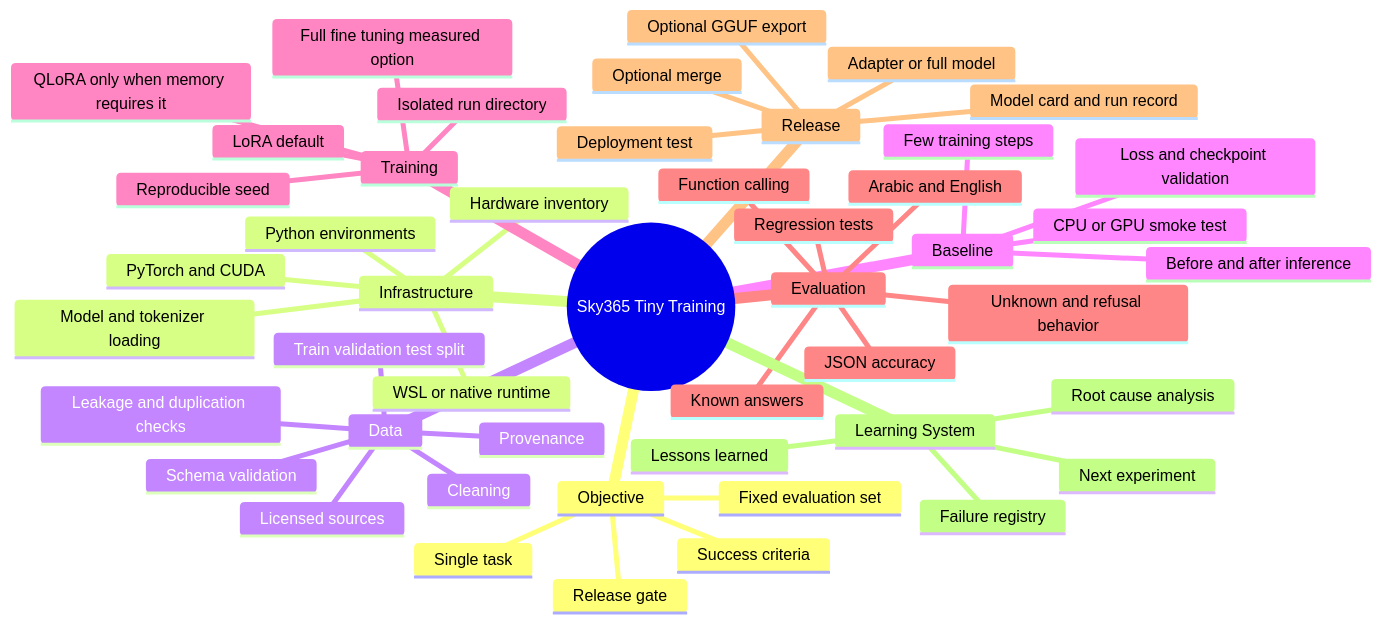
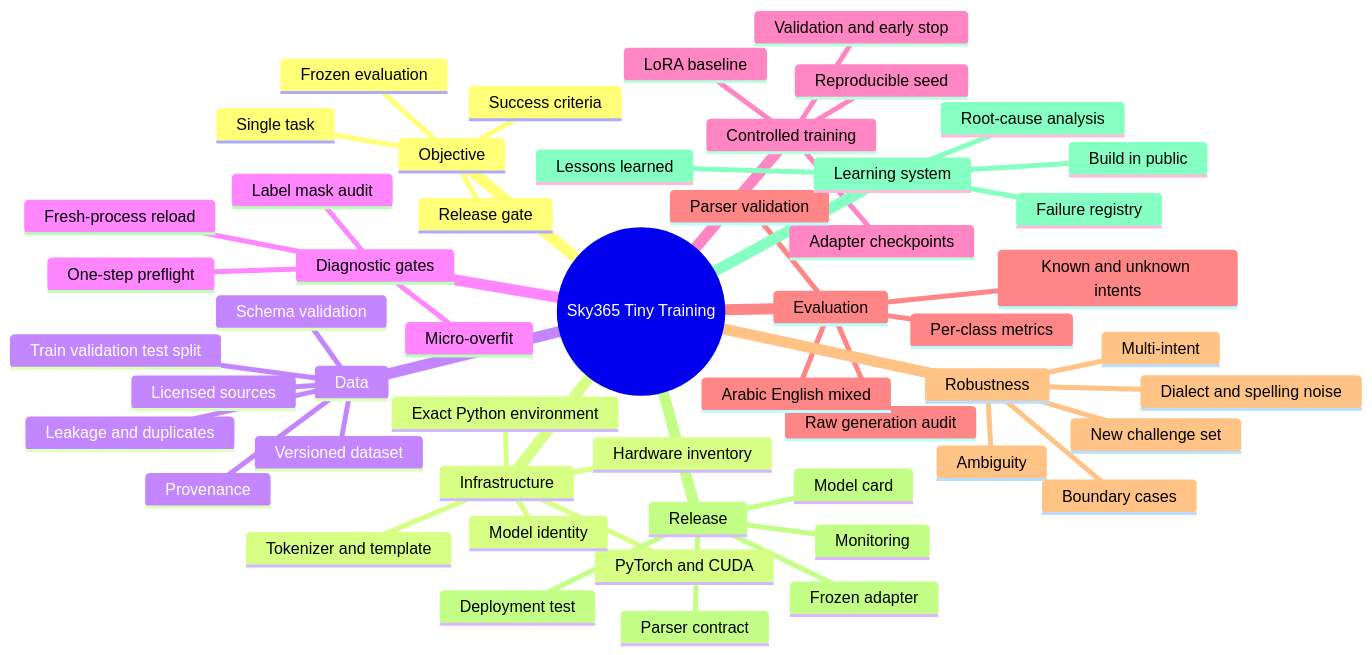
One commit to saskw2010/Knowledge-OS changed the first of 2 diagrams in docs/TRAINING-PIPELINE.md. Above: the diagram before and after it, drawn with Mermaid. The commit also changed other lines of this file, not shown here.

````diff
--- a/docs/TRAINING-PIPELINE.md
+++ b/docs/TRAINING-PIPELINE.md
@@ -57,51 +56,55 @@
 ```mermaid
 mindmap
   root((Sky365 Tiny Training))
     Objective
       Single task
       Success criteria
-      Fixed evaluation set
+      Frozen evaluation
       Release gate
     Infrastructure
       Hardware inventory
-      Python environments
+      Exact Python environment
       PyTorch and CUDA
-      WSL or native runtime
-      Model and tokenizer loading
+      Model identity
+      Tokenizer and template
     Data
       Licensed sources
-      Cleaning
+      Versioned dataset
       Schema validation
       Train validation test split
-      Leakage and duplication checks
+      Leakage and duplicates
       Provenance
-    Baseline
-      CPU or GPU smoke test
-      Few training steps
-      Loss and checkpoint validation
-      Before and after inference
-    Training
-      LoRA default
-      Full fine tuning measured option
-      QLoRA only when memory requires it
-      Isolated run directory
+    Diagnostic gates
+      One-step preflight
+      Label mask audit
+      Micro-overfit
+      Fresh-process reload
+    Controlled training
+      LoRA baseline
+      Validation and early stop
+      Adapter checkpoints
       Reproducible seed
     Evaluation
-      Known answers
-      Unknown and refusal behavior
-      JSON accuracy
-      Function calling
-      Arabic and English
-      Regression tests
+      Raw generation audit
+      Parser validation
+      Known and unknown intents
+      Arabic English mixed
+      Per-class metrics
+    Robustness
+      New challenge set
+      Dialect and spelling noise
+      Ambiguity
+      Multi-intent
+      Boundary cases
     Release
-      Adapter or full model
-      Optional merge
-      Optional GGUF export
+      Frozen adapter
+      Parser contract
+      Model card
       Deployment test
-      Model card and run record
-    Learning System
+      Monitoring
+    Learning system
       Failure registry
-      Root cause analysis
+      Root-cause analysis
       Lessons learned
-      Next experiment
+      Build in public
 ```
````
